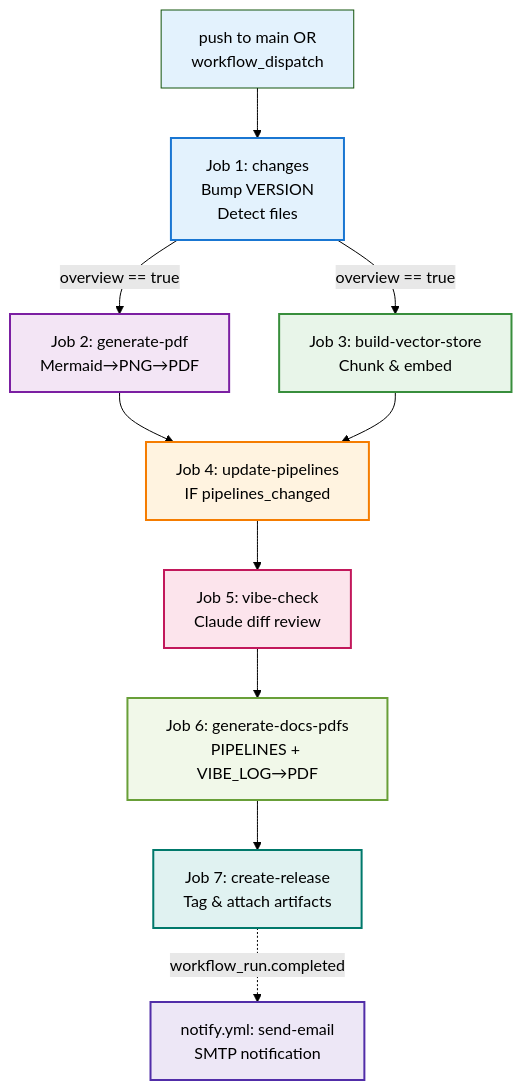
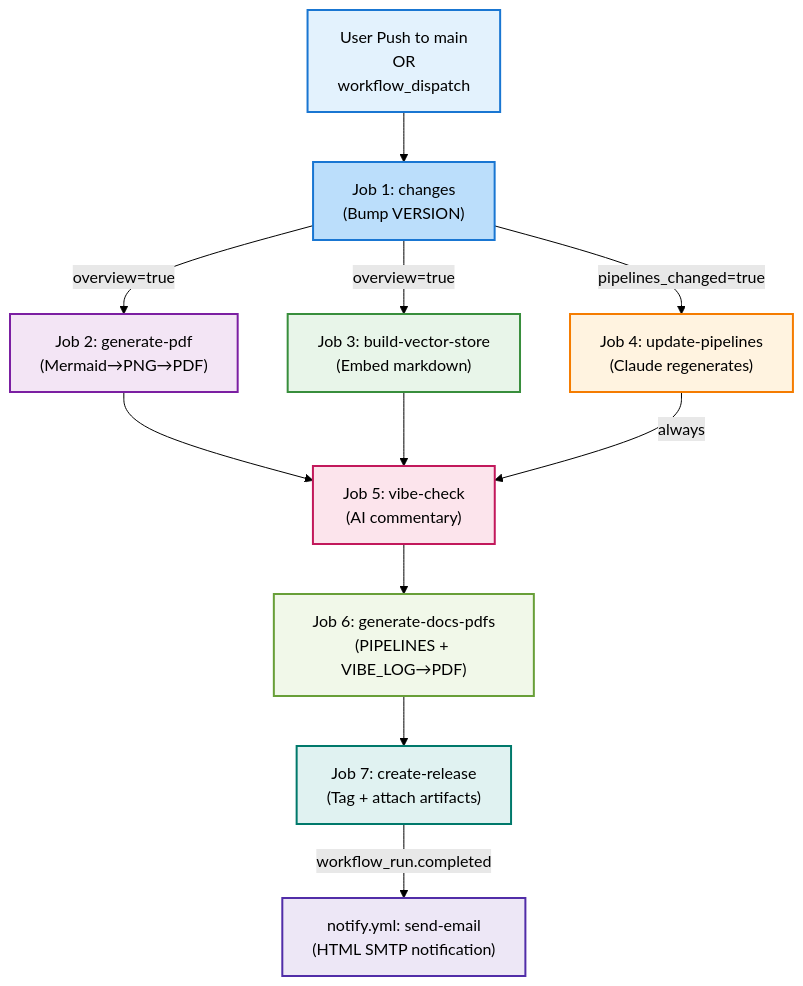
The diagram in PIPELINES.md (Cartoniol/project-propz), drawn with Mermaid (forest theme) before and after one commit. The commit also changed other lines of this file, not shown here.

Commit message:
docs(pipelines): auto-update PIPELINES.md [skip ci]

````diff
--- a/PIPELINES.md
+++ b/PIPELINES.md
@@ -113,28 +98,27 @@
 ```mermaid
 graph TD
-    A["push to main OR<br/>workflow_dispatch"] --> B["Job 1: changes<br/>Bump VERSION<br/>Detect files"]
+    A["User Push to main<br/>OR<br/>workflow_dispatch"] --> B["Job 1: changes<br/>(Bump VERSION)"]
     
-    B -->|"overview == true"| C["Job 2: generate-pdf<br/>Mermaid→PNG→PDF"]
-    B -->|"overview == true"| D["Job 3: build-vector-store<br/>Chunk & embed"]
+    B -->|overview=true| C["Job 2: generate-pdf<br/>(Mermaid→PNG→PDF)"]
+    B -->|overview=true| D["Job 3: build-vector-store<br/>(Embed markdown)"]
+    B -->|pipelines_changed=true| E["Job 4: update-pipelines<br/>(Claude regenerates)"]
     
-    C --> E["Job 4: update-pipelines<br/>IF pipelines_changed"]
-    D --> E
+    C --> F["Job 5: vibe-check<br/>(AI commentary)"]
+    D --> F
+    E -->|always| F
     
-    E --> F["Job 5: vibe-check<br/>Claude diff review"]
+    F --> G["Job 6: generate-docs-pdfs<br/>(PIPELINES + VIBE_LOG→PDF)"]
+    G --> H["Job 7: create-release<br/>(Tag + attach artifacts)"]
     
-    F --> G["Job 6: generate-docs-pdfs<br/>PIPELINES + VIBE_LOG→PDF"]
+    H -->|workflow_run.completed| I["notify.yml: send-email<br/>(HTML SMTP notification)"]
     
-    G --> H["Job 7: create-release<br/>Tag & attach artifacts"]
-    
-    H -.->|"workflow_run.completed"| I["notify.yml: send-email<br/>SMTP notification"]
-    
-    style A fill:#e3f2fd
-    style B fill:#e3f2fd,stroke:#1976d2,stroke-width:2px
+    style A fill:#e3f2fd,stroke:#1976d2,stroke-width:2px
+    style B fill:#bbdefb,stroke:#1976d2,stroke-width:2px
     style C fill:#f3e5f5,stroke:#7b1fa2,stroke-width:2px
     style D fill:#e8f5e9,stroke:#388e3c,stroke-width:2px
     style E fill:#fff3e0,stroke:#f57c00,stroke-width:2px
     style F fill:#fce4ec,stroke:#c2185b,stroke-width:2px
     style G fill:#f1f8e9,stroke:#689f38,stroke-width:2px
     style H fill:#e0f2f1,stroke:#00796b,stroke-width:2px
     style I fill:#ede7f6,stroke:#512da8,stroke-width:2px
 ```
````
